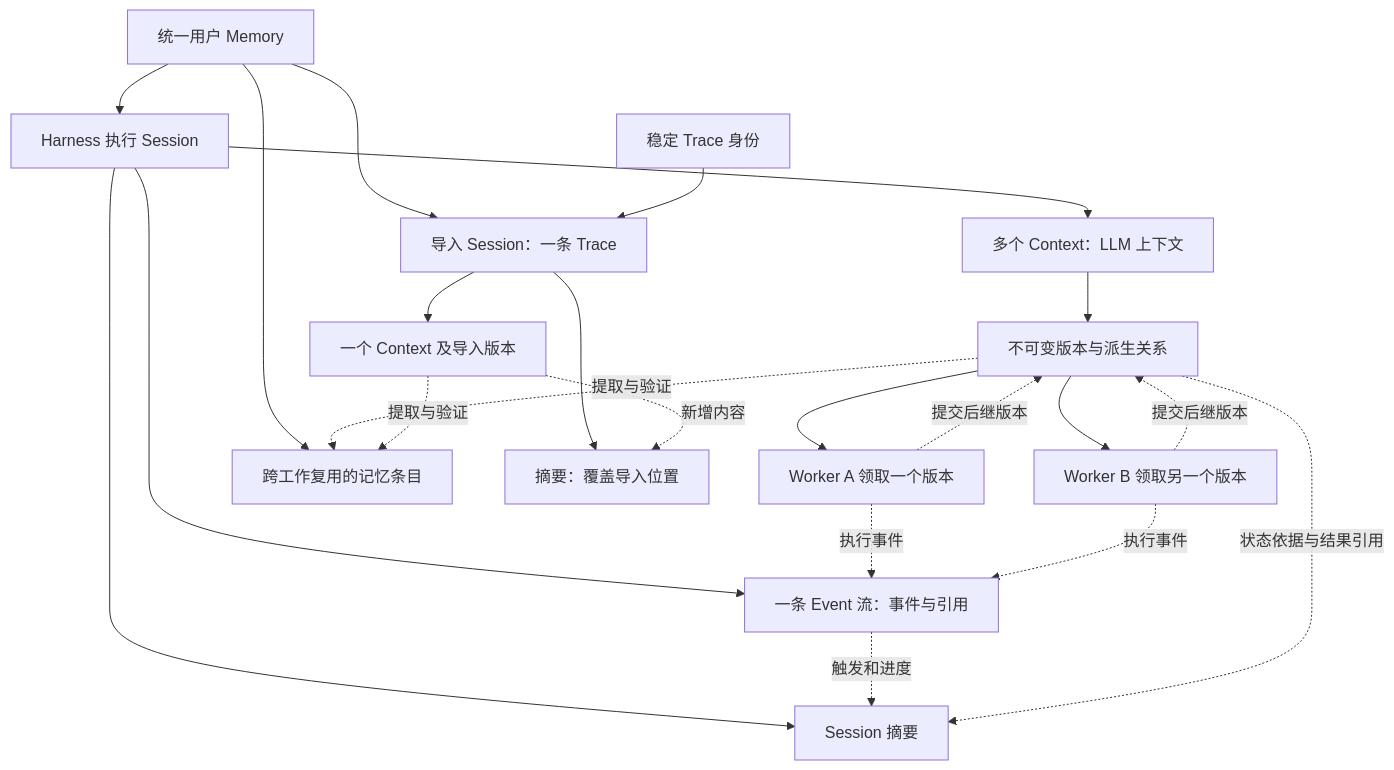
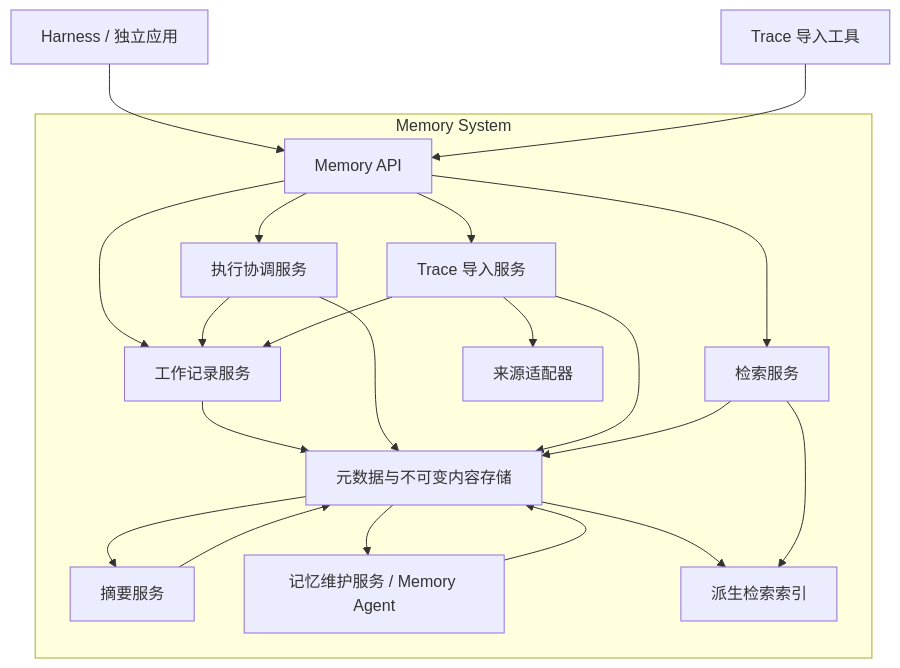
Before and after one commit to langsfang/ga: the diagram in docs/integration-protocol.md, drawn with Mermaid. The commit also changed other lines of this file and 1 other file, not shown here.

````diff
--- a/docs/integration-protocol.md
+++ b/docs/integration-protocol.md
@@ -143,24 +87,24 @@
 ```mermaid
 flowchart TB
-    U[统一用户 Memory] --> S[Harness 执行 Session]
-    S --> E[一条 Event 流：事件与引用]
-    S --> C[多个 Context：LLM 上下文]
-    S --> M[Session 摘要]
-    C --> V[不可变版本与派生关系]
-    V --> A[Worker A 领取一个版本]
-    V --> B[Worker B 领取另一个版本]
-    A -.提交后继版本.-> V
-    B -.提交后继版本.-> V
-    A -.执行事件.-> E
-    B -.执行事件.-> E
-    E -.触发和进度.-> M
-    V -.状态依据与结果引用.-> M
-    U --> K[跨工作复用的记忆条目]
-    V -.提取与验证.-> K
-    U --> IS[导入 Session：一条 Trace]
-    T[稳定 Trace 身份] --> IS
-    IS --> IC[一个 Context 及导入版本]
-    IS --> IM[摘要：覆盖导入位置]
-    IC -.新增内容.-> IM
-    IC -.提取与验证.-> K
+    H[Harness / 独立应用] --> API[Memory API]
+    T[Trace 导入工具] --> API
+    subgraph MS[Memory System]
+        API --> W[工作记录服务]
+        API --> C[执行协调服务]
+        API --> I[Trace 导入服务]
+        API --> Q[检索服务]
+        I --> A[来源适配器]
+        C --> W
+        I --> W
+        W --> D[元数据与不可变内容存储]
+        C --> D
+        I --> D
+        D --> S[摘要服务]
+        D --> M[记忆维护服务 / Memory Agent]
+        S --> D
+        M --> D
+        D --> X[派生检索索引]
+        Q --> X
+        Q --> D
+    end
 ```
````
